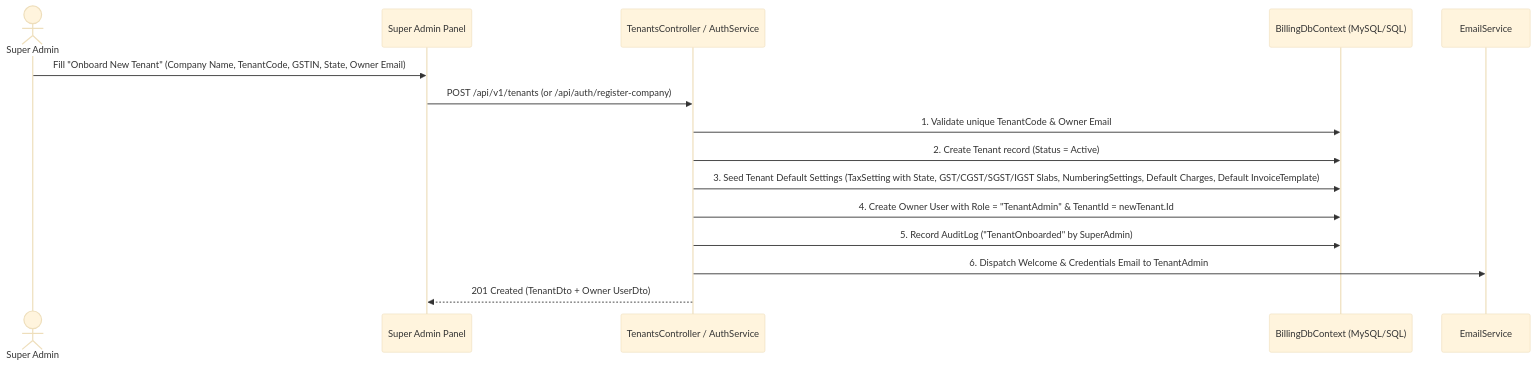
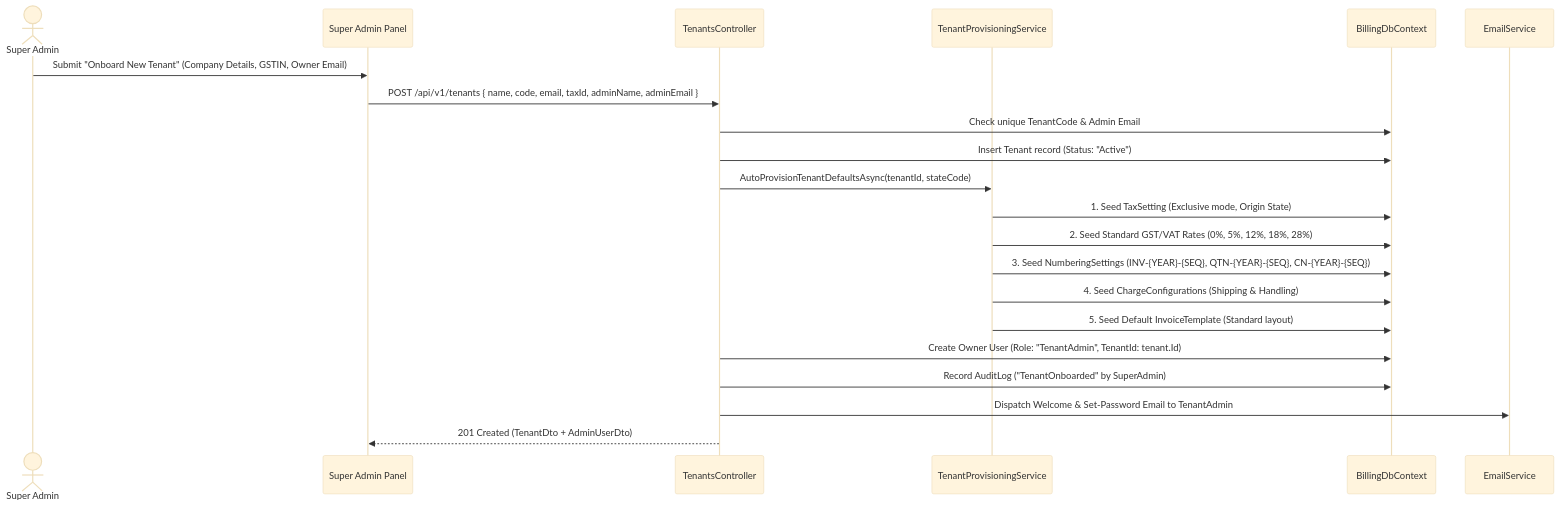
Before and after one commit to PirnavAdmin/IBMS: the third of 6 diagrams in docs/IBMS_Super_Admin_Role_Requirements.md, drawn with Mermaid (base theme). The commit also changed other lines of this file and 30 other files, not shown here.

````diff
--- a/docs/IBMS_Super_Admin_Role_Requirements.md
+++ b/docs/IBMS_Super_Admin_Role_Requirements.md
@@ -276,18 +466,24 @@
 ```mermaid
 sequenceDiagram
     actor SA as Super Admin
     participant UI as Super Admin Panel
-    participant API as TenantsController / AuthService
-    participant DB as BillingDbContext (MySQL/SQL)
+    participant TC as TenantsController
+    participant PS as TenantProvisioningService
+    participant DB as BillingDbContext
     participant Email as EmailService
 
-    SA->>UI: Fill "Onboard New Tenant" (Company Name, TenantCode, GSTIN, State, Owner Email)
-    UI->>API: POST /api/v1/tenants (or /api/auth/register-company)
-    API->>DB: 1. Validate unique TenantCode & Owner Email
-    API->>DB: 2. Create Tenant record (Status = Active)
-    API->>DB: 3. Seed Tenant Default Settings (TaxSetting with State, GST/CGST/SGST/IGST Slabs, NumberingSettings, Default Charges, Default InvoiceTemplate)
-    API->>DB: 4. Create Owner User with Role = "TenantAdmin" & TenantId = newTenant.Id
-    API->>DB: 5. Record AuditLog ("TenantOnboarded" by SuperAdmin)
-    API->>Email: 6. Dispatch Welcome & Credentials Email to TenantAdmin
-    API-->>UI: 201 Created (TenantDto + Owner UserDto)
+    SA->>UI: Submit "Onboard New Tenant" (Company Details, GSTIN, Owner Email)
+    UI->>TC: POST /api/v1/tenants { name, code, email, taxId, adminName, adminEmail }
+    TC->>DB: Check unique TenantCode & Admin Email
+    TC->>DB: Insert Tenant record (Status: "Active")
+    TC->>PS: AutoProvisionTenantDefaultsAsync(tenantId, stateCode)
+    PS->>DB: 1. Seed TaxSetting (Exclusive mode, Origin State)
+    PS->>DB: 2. Seed Standard GST/VAT Rates (0%, 5%, 12%, 18%, 28%)
+    PS->>DB: 3. Seed NumberingSettings (INV-{YEAR}-{SEQ}, QTN-{YEAR}-{SEQ}, CN-{YEAR}-{SEQ})
+    PS->>DB: 4. Seed ChargeConfigurations (Shipping & Handling)
+    PS->>DB: 5. Seed Default InvoiceTemplate (Standard layout)
+    TC->>DB: Create Owner User (Role: "TenantAdmin", TenantId: tenant.Id)
+    TC->>DB: Record AuditLog ("TenantOnboarded" by SuperAdmin)
+    TC->>Email: Dispatch Welcome & Set-Password Email to TenantAdmin
+    TC-->>UI: 201 Created (TenantDto + AdminUserDto)
 ```
````
